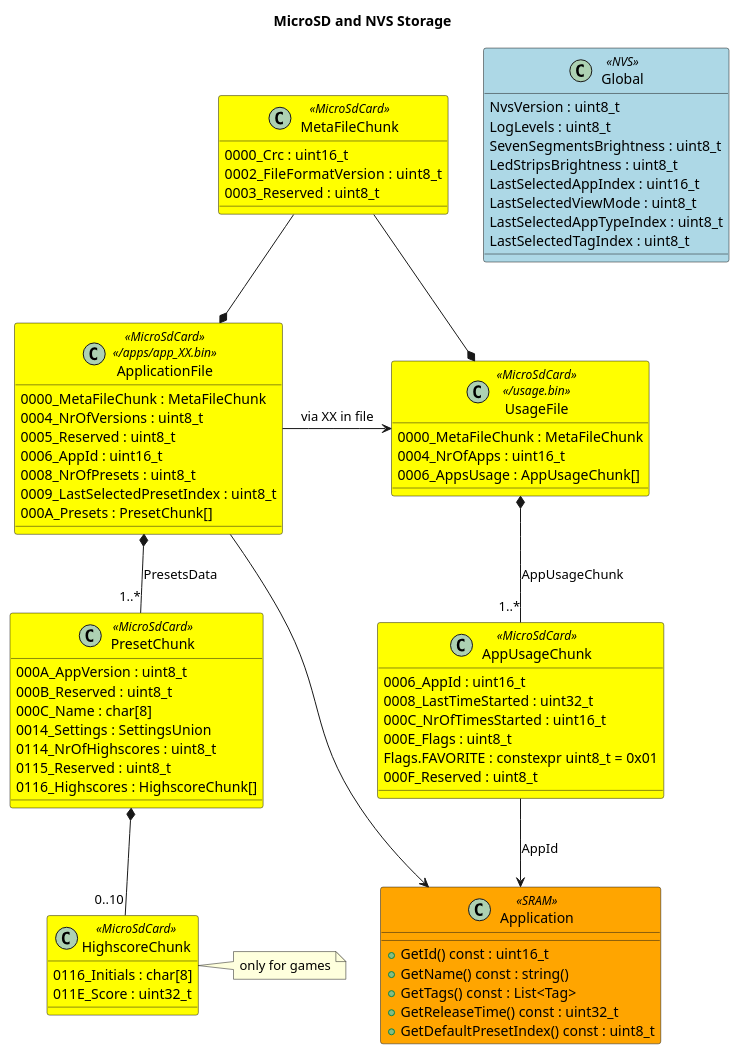
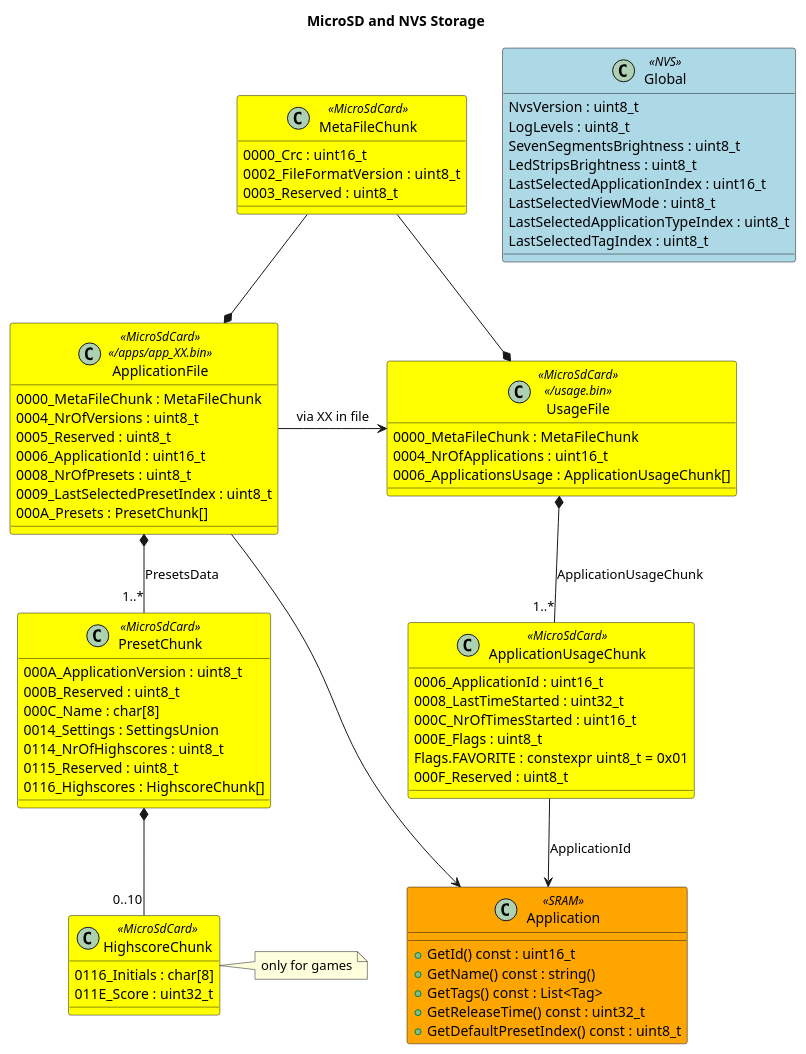
One commit to michelkeijzers/fraxis changed the diagram in Docs/Software Design/MicroSdAndNvsStorage.puml. Above: the diagram before and after it, drawn with PlantUML. The commit also changed 91 other files, not shown here.

Commit message:
Substituted app to application, changed margin from 120 to 100

```diff
--- a/Docs/Software Design/MicroSdAndNvsStorage.puml
+++ b/Docs/Software Design/MicroSdAndNvsStorage.puml
@@ -1,96 +1,96 @@
 @startuml 
 
 title MicroSD and NVS Storage
 
 class MetaFileChunk <<MicroSdCard>> #yellow 
 {
     0000_Crc : uint16_t
     0002_FileFormatVersion  : uint8_t
     0003_Reserved : uint8_t
 }
 
 class UsageFile <<MicroSdCard>> <</usage.bin>> #yellow
 {
     0000_MetaFileChunk : MetaFileChunk
-    0004_NrOfApps : uint16_t
-    0006_AppsUsage : AppUsageChunk[]
+    0004_NrOfApplications : uint16_t
+    0006_ApplicationsUsage : ApplicationUsageChunk[]
 }
 
 UsageFile *-u- MetaFileChunk
 
-class AppUsageChunk <<MicroSdCard>> #yellow
+class ApplicationUsageChunk <<MicroSdCard>> #yellow
 {
-    0006_AppId : uint16_t
+    0006_ApplicationId : uint16_t
     0008_LastTimeStarted : uint32_t
     000C_NrOfTimesStarted : uint16_t
     000E_Flags : uint8_t 
     Flags.FAVORITE : constexpr uint8_t = 0x01
     000F_Reserved : uint8_t
 }
 
-UsageFile *-- "1..*" AppUsageChunk : AppUsageChunk
+UsageFile *-- "1..*" ApplicationUsageChunk : ApplicationUsageChunk
 
 class ApplicationFile <<MicroSdCard>> <</apps/app_XX.bin>> #yellow
 {
     0000_MetaFileChunk : MetaFileChunk
     0004_NrOfVersions : uint8_t
     0005_Reserved : uint8_t
-    0006_AppId : uint16_t
+    0006_ApplicationId : uint16_t
     0008_NrOfPresets : uint8_t
     0009_LastSelectedPresetIndex : uint8_t
     000A_Presets : PresetChunk[]
 }
 
 ApplicationFile *-u- MetaFileChunk
 ApplicationFile -> Application
 ApplicationFile -> UsageFile : via XX in file
 
 class PresetChunk <<MicroSdCard>> #yellow
 {
-    000A_AppVersion : uint8_t
+    000A_ApplicationVersion : uint8_t
     000B_Reserved : uint8_t
     000C_Name : char[8]  
     0014_Settings : SettingsUnion
     0114_NrOfHighscores : uint8_t
     0115_Reserved : uint8_t
     0116_Highscores : HighscoreChunk[]
 }
 
 ApplicationFile *-- "1..*" PresetChunk : PresetsData
 
-AppUsageChunk --> Application : AppId
+ApplicationUsageChunk --> Application : ApplicationId
 
 class HighscoreChunk <<MicroSdCard>> #yellow 
 {
     0116_Initials : char[8]
     011E_Score : uint32_t
 }
 
 note left of HighscoreChunk 
     only for games
 end note
 
 PresetChunk *-- "0..10" HighscoreChunk
 
 class Global <<NVS>> #lightblue
 {
     NvsVersion : uint8_t
     LogLevels : uint8_t
     SevenSegmentsBrightness : uint8_t 
     LedStripsBrightness : uint8_t 
-    LastSelectedAppIndex : uint16_t
+    LastSelectedApplicationIndex : uint16_t
     LastSelectedViewMode : uint8_t
-    LastSelectedAppTypeIndex : uint8_t
+    LastSelectedApplicationTypeIndex : uint8_t
     LastSelectedTagIndex : uint8_t
 }
 
 class Application <<SRAM>> #orange 
 {
     + GetId() const : uint16_t
     + GetName() const : string()
     + GetTags() const : List<Tag>
     + GetReleaseTime() const : uint32_t
     + GetDefaultPresetIndex() const : uint8_t
 }
 
 @enduml
```
